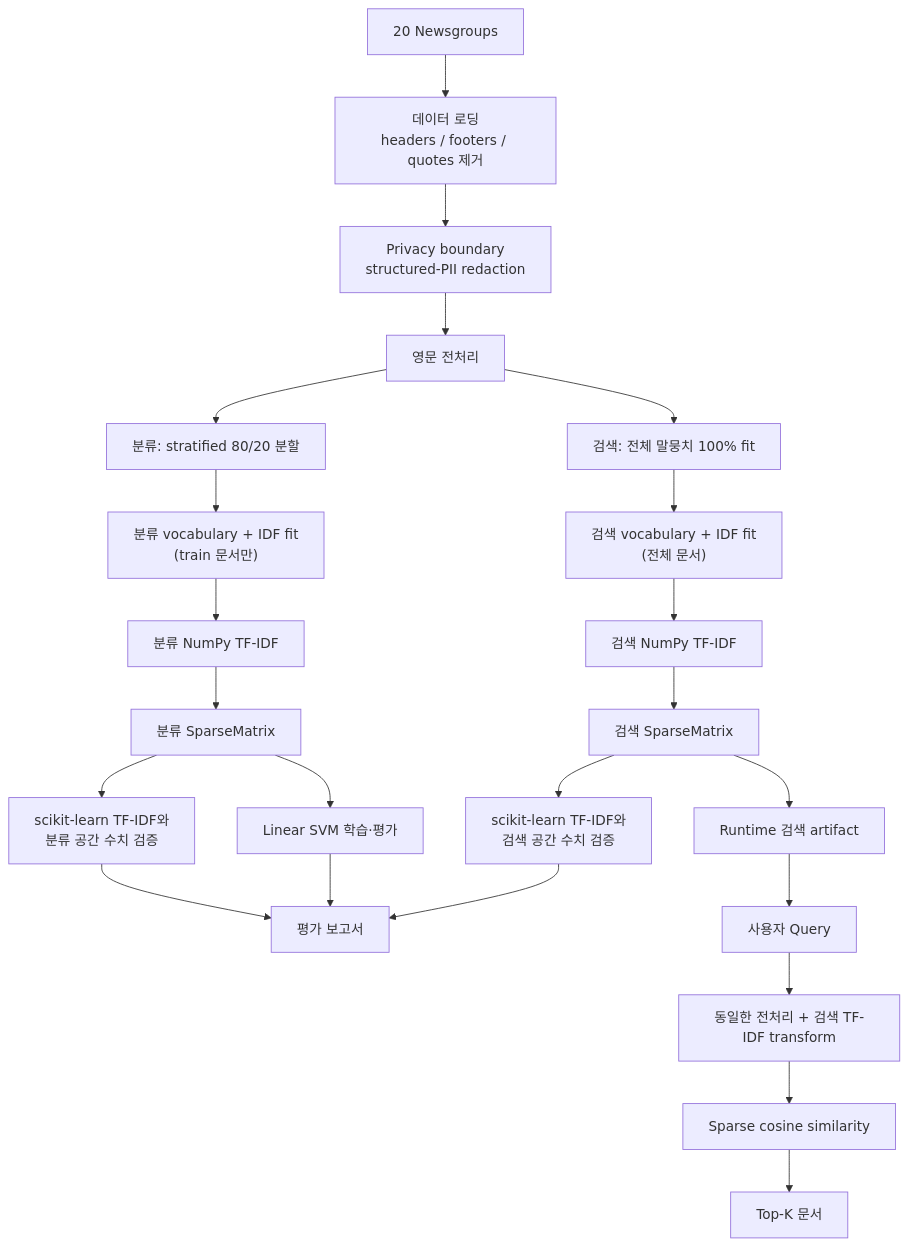
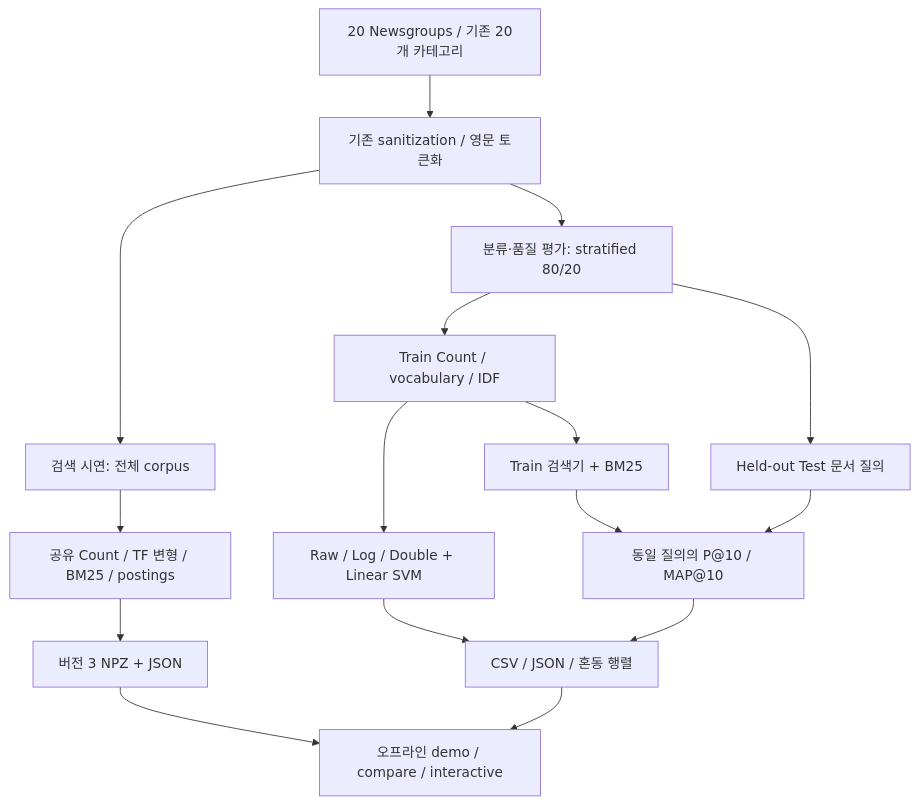
Before and after one commit to shannonlee-dev/document-retrieval-classification-system: the diagram in README.md, drawn with Mermaid. The commit also changed other lines of this file and 6 other files, not shown here.

````diff
--- a/README.md
+++ b/README.md
@@ -34,25 +53,18 @@
 ```mermaid
 flowchart TD
-    A["20 Newsgroups"] --> B["데이터 로딩<br/>headers / footers / quotes 제거"]
-    B --> C["Privacy boundary<br/>structured-PII redaction"]
-    C --> D["영문 전처리"]
-    D --> E["분류: stratified 80/20 분할"]
-    D --> F["검색: 전체 말뭉치 100% fit"]
-    E --> G["분류 vocabulary + IDF fit<br/>(train 문서만)"]
-    F --> H["검색 vocabulary + IDF fit<br/>(전체 문서)"]
-    G --> I["분류 NumPy TF-IDF"]
-    H --> J["검색 NumPy TF-IDF"]
-    I --> K["분류 SparseMatrix"]
-    J --> L["검색 SparseMatrix"]
-    K --> M["scikit-learn TF-IDF와<br/>분류 공간 수치 검증"]
-    L --> N["scikit-learn TF-IDF와<br/>검색 공간 수치 검증"]
-    K --> O["Linear SVM 학습·평가"]
-    M --> P["평가 보고서"]
-    N --> P
-    O --> P
-    L --> Q["Runtime 검색 artifact"]
-    Q --> R["사용자 Query"]
-    R --> S["동일한 전처리 + 검색 TF-IDF transform"]
-    S --> T["Sparse cosine similarity"]
-    T --> U["Top-K 문서"]
+    A[20 Newsgroups / 기존 20개 카테고리] --> B[기존 sanitization / 영문 토큰화]
+    B --> C[분류·품질 평가: stratified 80/20]
+    B --> D[검색 시연: 전체 corpus]
+    C --> E[Train Count / vocabulary / IDF]
+    E --> F[Raw / Log / Double + Linear SVM]
+    E --> G[Train 검색기 + BM25]
+    C --> H[Held-out Test 문서 질의]
+    G --> I[동일 질의의 P@10 / MAP@10]
+    H --> I
+    D --> J[공유 Count / TF 변형 / BM25 / postings]
+    J --> K[버전 3 NPZ + JSON]
+    F --> L[CSV / JSON / 혼동 행렬]
+    I --> L
+    K --> M[오프라인 demo / compare / interactive]
+    L --> M
 ```
````
